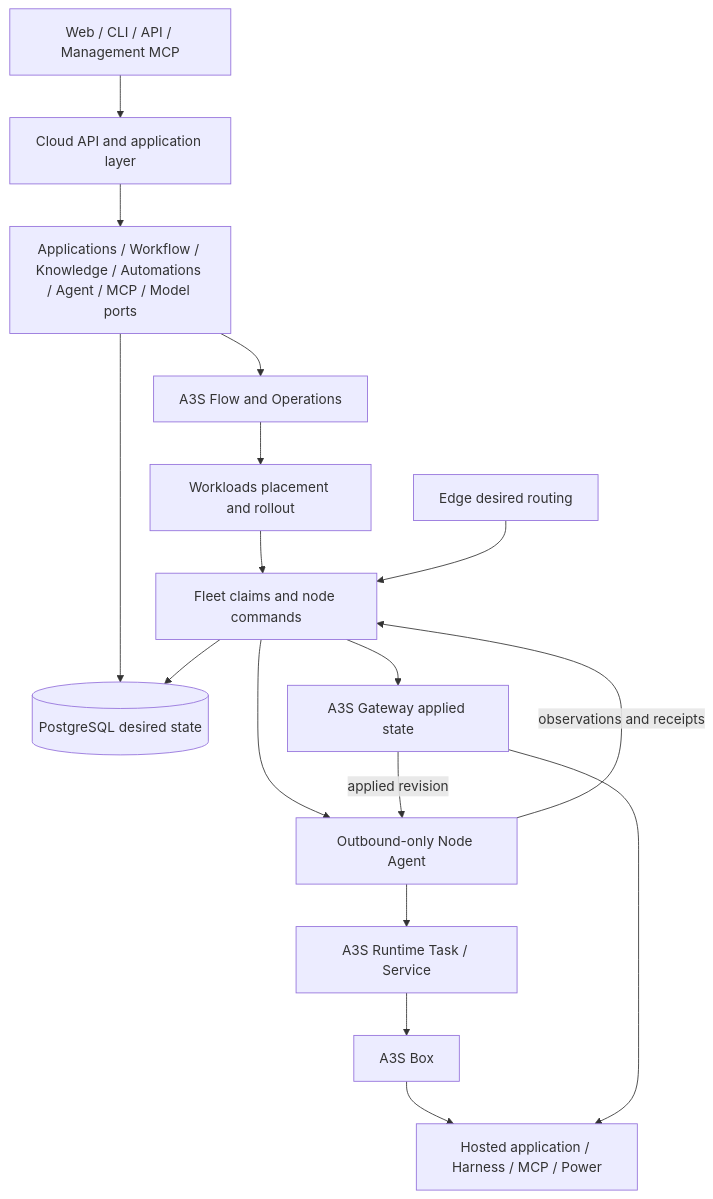
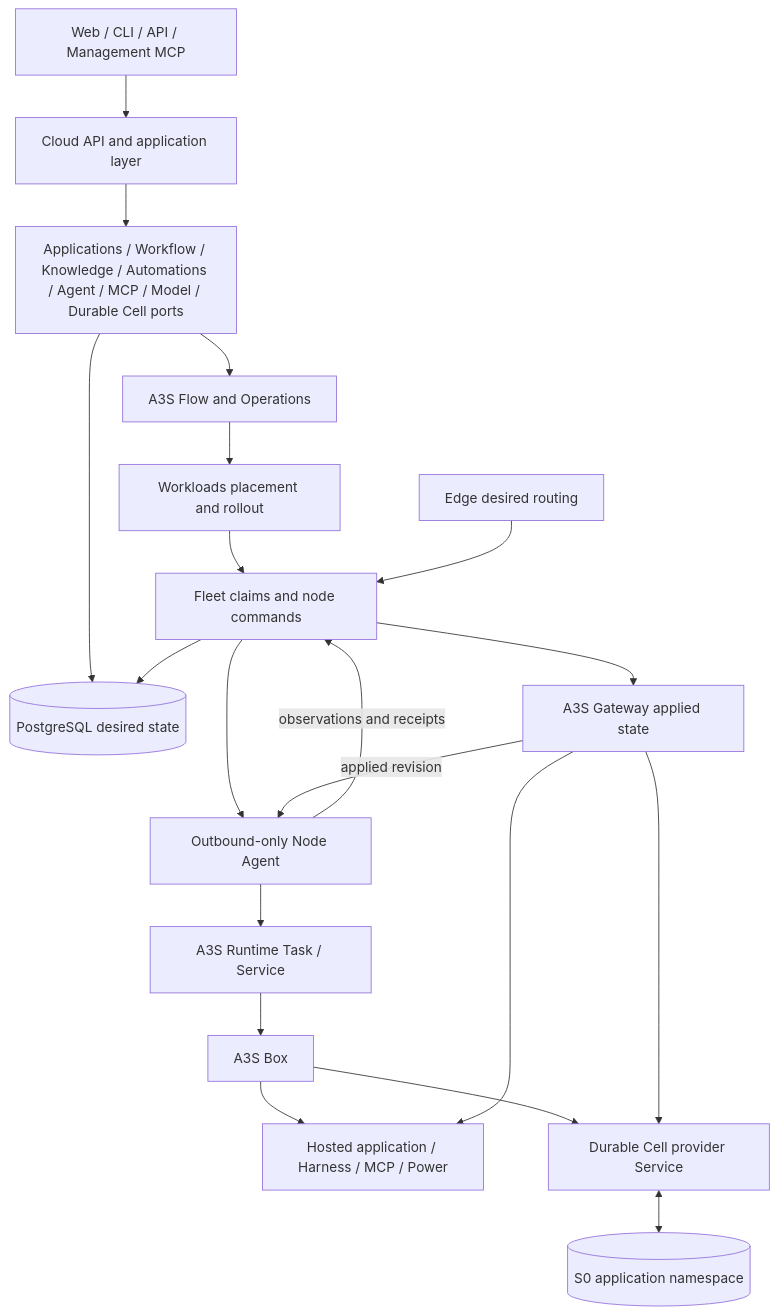
Before and after one commit to A3S-Lab/Cloud: the diagram in docs/architecture.md, drawn with Mermaid. The commit also changed other lines of this file and 13 other files, not shown here.

Commit message:
feat(durable-cells): freeze application foundation

````diff
--- a/docs/architecture.md
+++ b/docs/architecture.md
@@ -254,33 +268,38 @@
 ```mermaid
 flowchart TB
     Client[Web / CLI / API / Management MCP]
     API[Cloud API and application layer]
-    Services[Applications / Workflow / Knowledge / Automations / Agent / MCP / Model ports]
+    Services[Applications / Workflow / Knowledge / Automations / Agent / MCP / Model / Durable Cell ports]
     DB[(PostgreSQL desired state)]
     Flow[A3S Flow and Operations]
     Workloads[Workloads placement and rollout]
     Fleet[Fleet claims and node commands]
     Agent[Outbound-only Node Agent]
     Runtime[A3S Runtime Task / Service]
     Box[A3S Box]
     Payload[Hosted application / Harness / MCP / Power]
+    CellProvider[Durable Cell provider Service]
+    CellStore[(S0 application namespace)]
     Edge[Edge desired routing]
     Gateway[A3S Gateway applied state]
 
     Client --> API
     API --> Services
     Services --> DB
     Services --> Flow
     Flow --> Workloads
     Workloads --> Fleet
     Fleet --> Agent
     Agent --> Runtime
     Runtime --> Box
     Box --> Payload
+    Box --> CellProvider
+    CellProvider <--> CellStore
     Edge --> Fleet
     Fleet --> Gateway
     Gateway --> Payload
+    Gateway --> CellProvider
     Agent -->|observations and receipts| Fleet
     Fleet --> DB
     Gateway -->|applied revision| Agent
 ```
````
